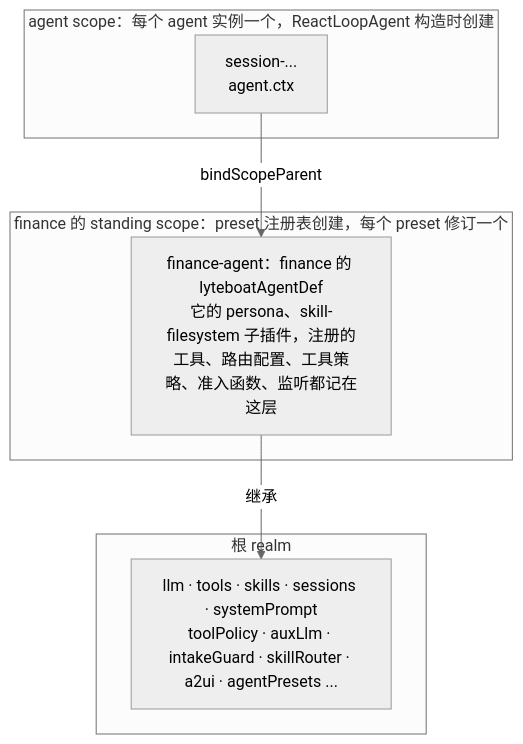
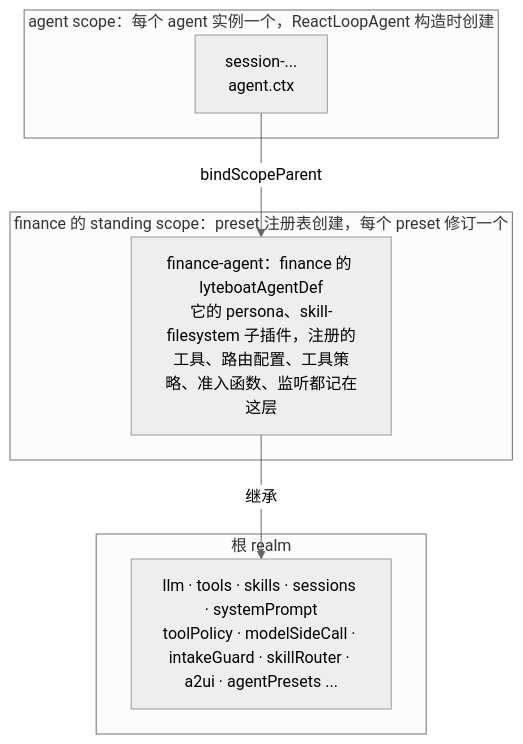
One commit to lyteboat/lyteboat changed the seventh of 11 diagrams in docs/01-architecture.md. Above: the diagram before and after it, drawn with Mermaid (neutral theme). The commit also changed other lines of this file and 78 other files, not shown here.

````diff
--- a/docs/01-architecture.md
+++ b/docs/01-architecture.md
@@ -489,14 +491,14 @@
 ```mermaid
 flowchart TB
   subgraph ROOT["根 realm"]
-    rsvc["llm · tools · skills · sessions · systemPrompt<br/>toolPolicy · auxLlm · intakeGuard · skillRouter · a2ui · agentPresets ..."]
+    rsvc["llm · tools · skills · sessions · systemPrompt<br/>toolPolicy · modelSideCall · intakeGuard · skillRouter · a2ui · agentPresets ..."]
   end
   subgraph STAND["finance 的 standing scope：preset 注册表创建，每个 preset 修订一个"]
     rows["finance-agent：finance 的 lyteboatAgentDef<br/>它的 persona、skill-filesystem 子插件，注册的工具、路由配置、工具策略、准入函数、监听都记在这层"]
   end
   subgraph AGS["agent scope：每个 agent 实例一个，ReactLoopAgent 构造时创建"]
     inst["session-...<br/>agent.ctx"]
   end
   inst -->|"bindScopeParent"| rows
   rows -->|"继承"| rsvc
 ```
````
